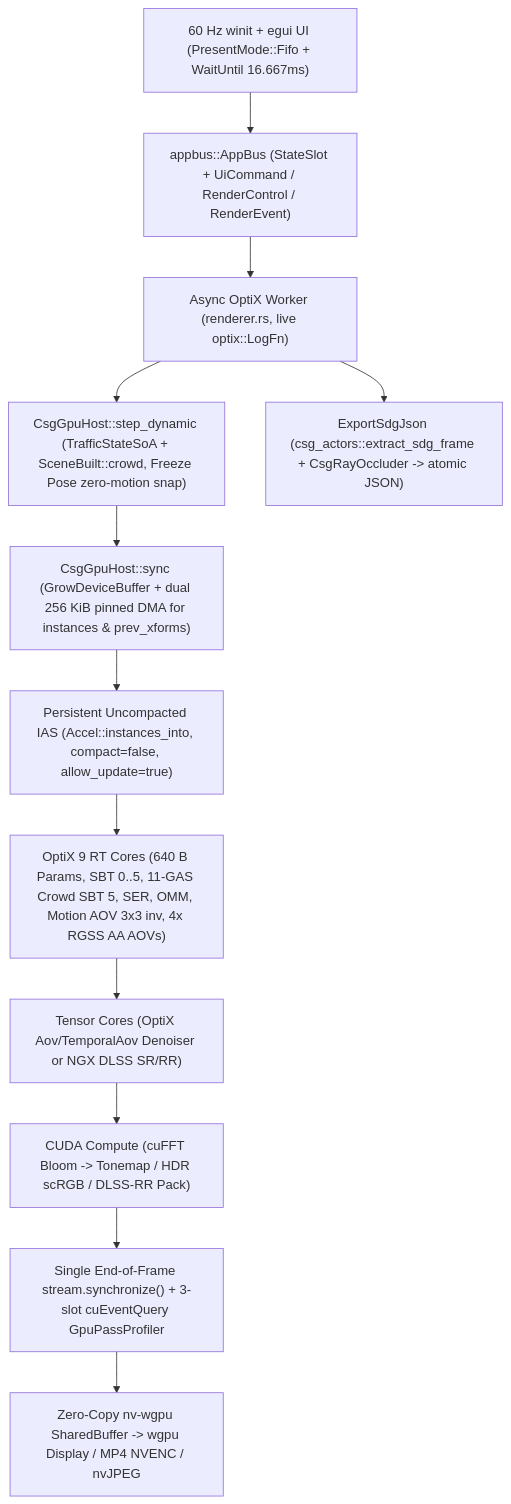
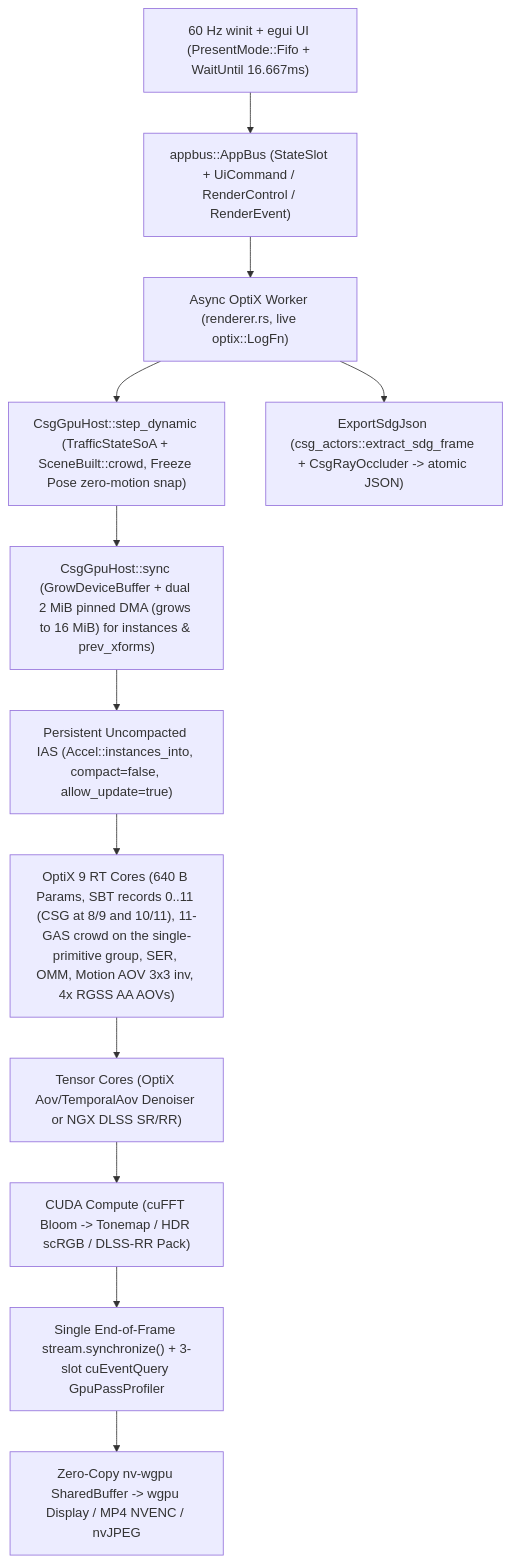
One commit to ssoj13/nv-rs changed the fourth of 8 diagrams in DIAGRAMS.md. Above: the diagram before and after it, drawn with Mermaid. The commit also changed other lines of this file and 4 other files, not shown here.

First line of the commit message:
docs: sync AGENTS/DIAGRAMS/TODO with the gated plan2 waves and the work in flight

````diff
--- a/DIAGRAMS.md
+++ b/DIAGRAMS.md
@@ -75,14 +75,14 @@
 ```mermaid
 flowchart TD
   UI["60 Hz winit + egui UI (PresentMode::Fifo + WaitUntil 16.667ms)"] --> Bus["appbus::AppBus (StateSlot + UiCommand / RenderControl / RenderEvent)"]
   Bus --> Worker["Async OptiX Worker (renderer.rs, live optix::LogFn)"]
   Worker --> Step["CsgGpuHost::step_dynamic (TrafficStateSoA + SceneBuilt::crowd, Freeze Pose zero-motion snap)"]
-  Step --> Sync["CsgGpuHost::sync (GrowDeviceBuffer + dual 256 KiB pinned DMA for instances & prev_xforms)"]
+  Step --> Sync["CsgGpuHost::sync (GrowDeviceBuffer + dual 2 MiB pinned DMA (grows to 16 MiB) for instances & prev_xforms)"]
   Sync --> IAS["Persistent Uncompacted IAS (Accel::instances_into, compact=false, allow_update=true)"]
-  IAS --> RT["OptiX 9 RT Cores (640 B Params, SBT 0..5, 11-GAS Crowd SBT 5, SER, OMM, Motion AOV 3x3 inv, 4x RGSS AA AOVs)"]
+  IAS --> RT["OptiX 9 RT Cores (640 B Params, SBT records 0..11 (CSG at 8/9 and 10/11), 11-GAS crowd on the single-primitive group, SER, OMM, Motion AOV 3x3 inv, 4x RGSS AA AOVs)"]
   RT --> Tensor["Tensor Cores (OptiX Aov/TemporalAov Denoiser or NGX DLSS SR/RR)"]
   Tensor --> Post["CUDA Compute (cuFFT Bloom -> Tonemap / HDR scRGB / DLSS-RR Pack)"]
   Post --> Fence["Single End-of-Frame stream.synchronize() + 3-slot cuEventQuery GpuPassProfiler"]
   Fence --> Present["Zero-Copy nv-wgpu SharedBuffer -> wgpu Display / MP4 NVENC / nvJPEG"]
   Worker --> SDG["ExportSdgJson (csg_actors::extract_sdg_frame + CsgRayOccluder -> atomic JSON)"]
 ```
````
